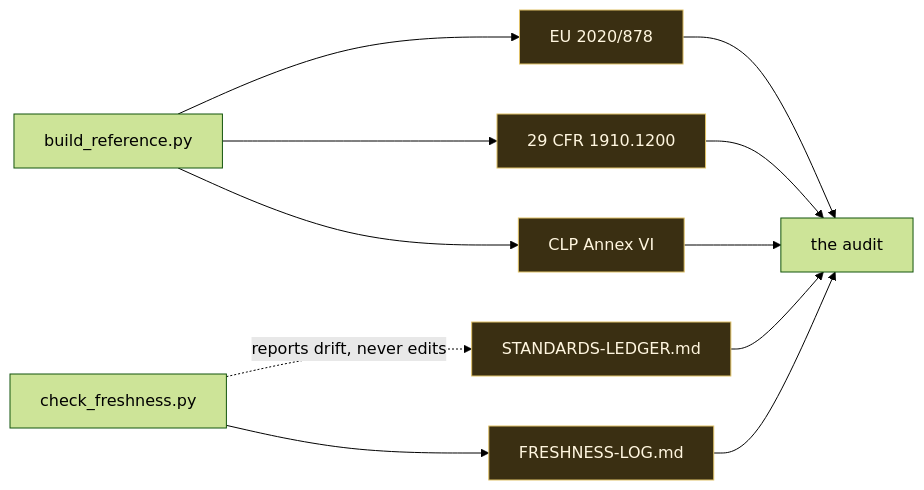
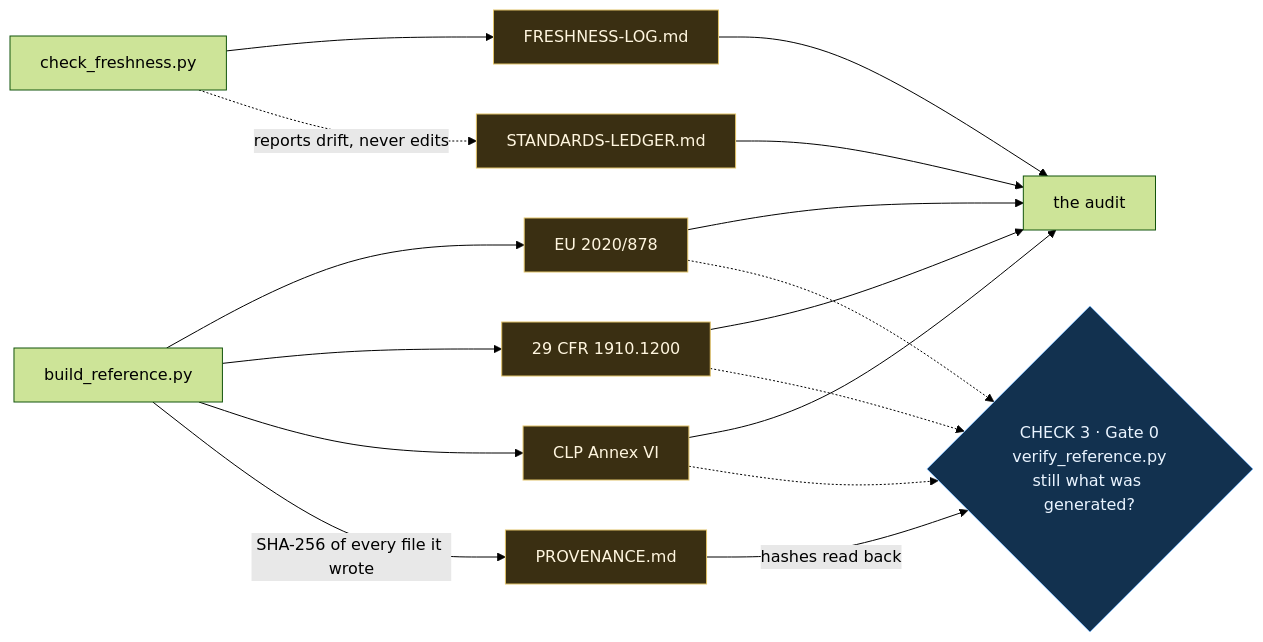
Before and after one commit to sergeymanevitch/Salus: the second of 2 diagrams in README.md, drawn with Mermaid (forest theme). The commit also changed other lines of this file and 2 other files, not shown here.

````diff
--- a/README.md
+++ b/README.md
@@ -235,16 +240,24 @@
 ```mermaid
 flowchart LR
     B["build_reference.py"] --> EU["EU 2020/878"]
     B --> US["29 CFR 1910.1200"]
     B --> CLP["CLP Annex VI"]
+    B -->|SHA-256 of every file it wrote| PROV["PROVENANCE.md"]
     F["check_freshness.py"] --> LOG["FRESHNESS-LOG.md"]
     F -.->|reports drift, never edits| LED["STANDARDS-LEDGER.md"]
     EU --> A["the audit"]
     US --> A
     CLP --> A
     LED --> A
     LOG --> A
 
+    EU -.-> G0
+    US -.-> G0
+    CLP -.-> G0
+    PROV -->|hashes read back| G0{"CHECK 3 · Gate 0<br/>verify_reference.py<br/>still what was generated?"}
+
     classDef s fill:#3a2f12,stroke:#e0c268,color:#fff6df
-    class EU,US,CLP,LED,LOG s
+    classDef g fill:#12314f,stroke:#7fb6f0,color:#eaf4ff
+    class EU,US,CLP,LED,LOG,PROV s
+    class G0 g
 ```
````
